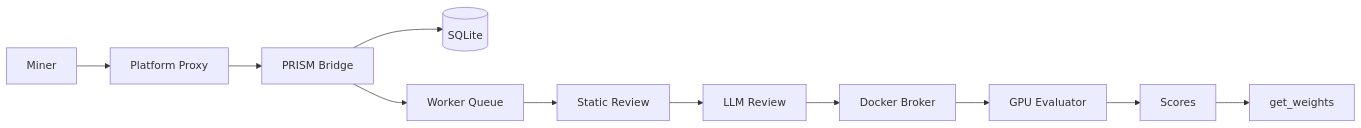
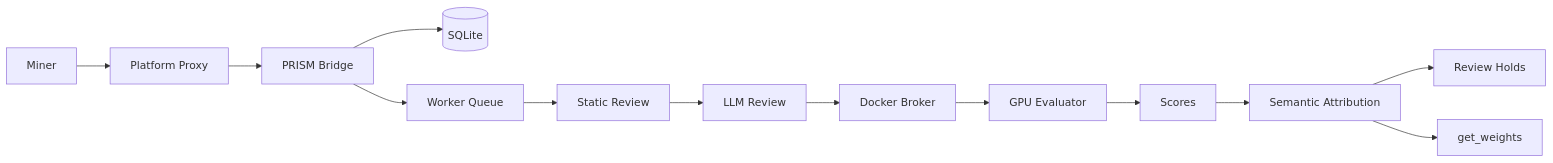
The first of 3 diagrams in docs/architecture.md (PlatformNetwork/prism), drawn with Mermaid before and after one commit. The commit also changed other lines of this file and 7 other files, not shown here.

````diff
--- a/docs/architecture.md
+++ b/docs/architecture.md
@@ -7,13 +7,15 @@
 ```mermaid
 flowchart LR
     Miner[Miner] --> Proxy[Platform Proxy]
     Proxy --> Bridge[PRISM Bridge]
     Bridge --> DB[(SQLite)]
     Bridge --> Queue[Worker Queue]
     Queue --> Review[Static Review]
     Review --> LLM[LLM Review]
     LLM --> Broker[Docker Broker]
     Broker --> Eval[GPU Evaluator]
     Eval --> Scores[Scores]
-    Scores --> Weights[get_weights]
+    Scores --> Semantic[Semantic Attribution]
+    Semantic --> Holds[Review Holds]
+    Semantic --> Weights[get_weights]
 ```
````
